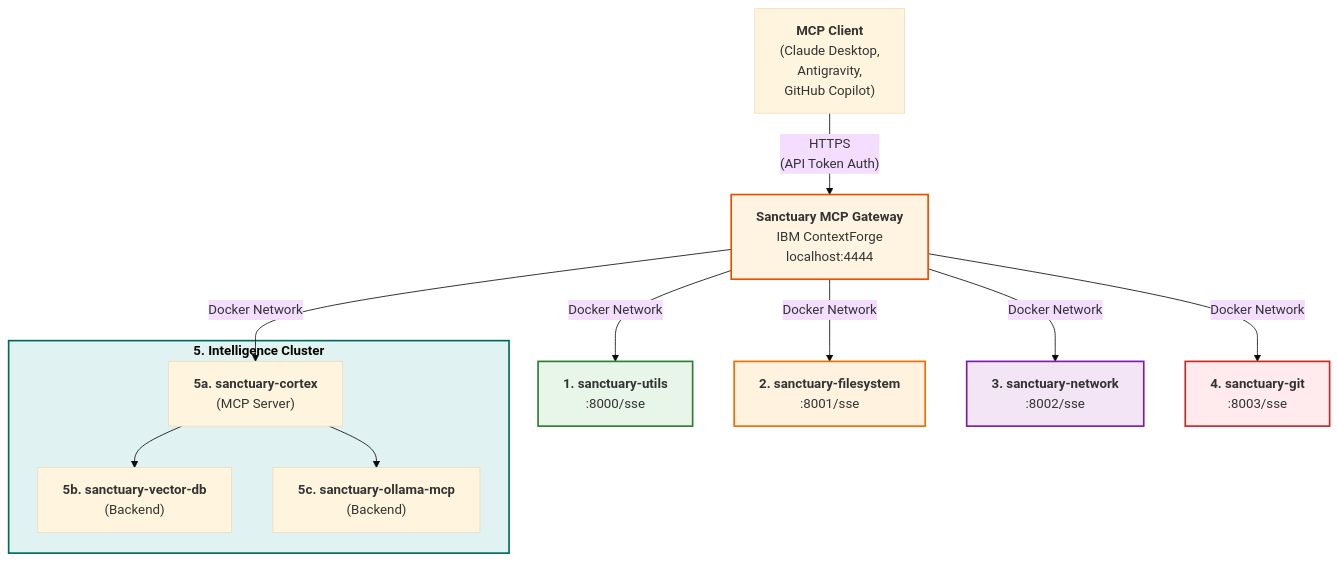
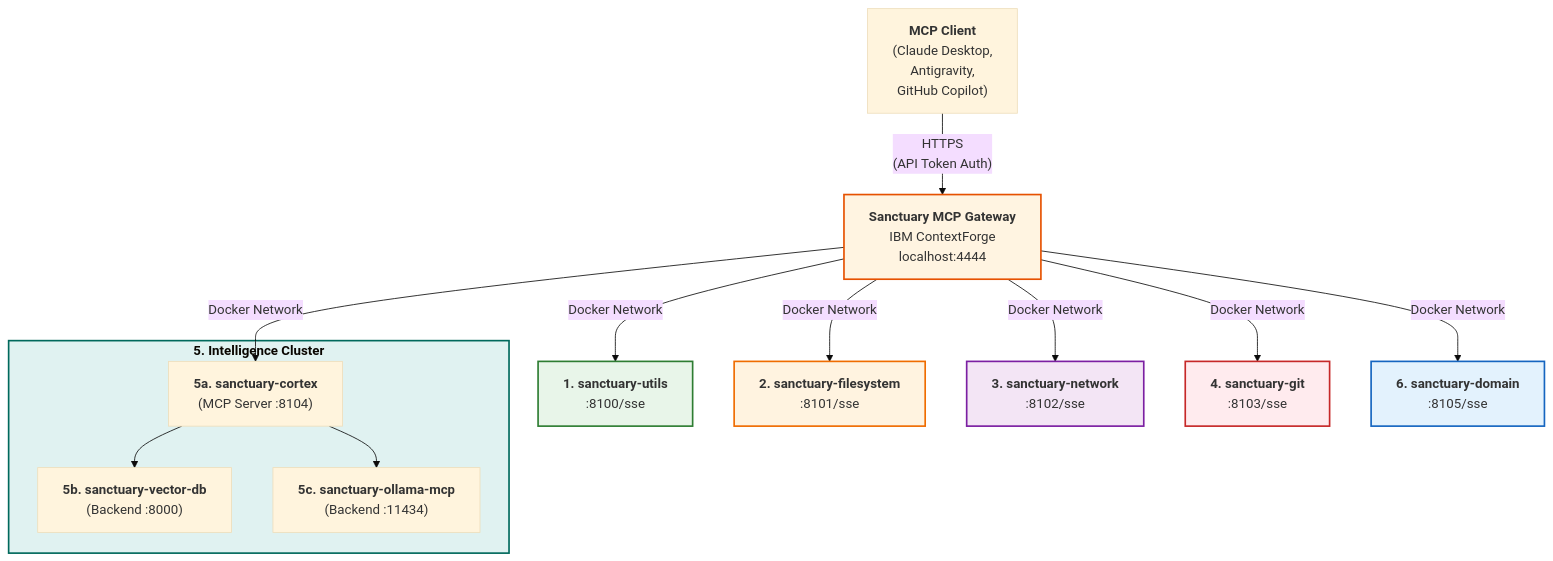
Before and after one commit to richfrem/Project_Sanctuary: the diagram in docs/mcp_gateway/README.md, drawn with Mermaid. The commit also changed other lines of this file and 69 other files, not shown here.

````diff
--- a/docs/mcp_gateway/README.md
+++ b/docs/mcp_gateway/README.md
@@ -106,30 +106,32 @@
 ```mermaid
 ---
 config:
   theme: base
   layout: dagre
 ---
 flowchart TB
     Client["<b>MCP Client</b><br>(Claude Desktop,<br>Antigravity,<br>GitHub Copilot)"] -- HTTPS<br>(API Token Auth) --> Gateway["<b>Sanctuary MCP Gateway</b><br>IBM ContextForge<br>localhost:4444"]
     
-    Gateway -- Docker Network --> Utils["<b>1. sanctuary-utils</b><br>:8000/sse"]
-    Gateway -- Docker Network --> Filesystem["<b>2. sanctuary-filesystem</b><br>:8001/sse"]
-    Gateway -- Docker Network --> Network["<b>3. sanctuary-network</b><br>:8002/sse"]
-    Gateway -- Docker Network --> Git["<b>4. sanctuary-git</b><br>:8003/sse"]
+    Gateway -- Docker Network --> Utils["<b>1. sanctuary-utils</b><br>:8100/sse"]
+    Gateway -- Docker Network --> Filesystem["<b>2. sanctuary-filesystem</b><br>:8101/sse"]
+    Gateway -- Docker Network --> Network["<b>3. sanctuary-network</b><br>:8102/sse"]
+    Gateway -- Docker Network --> Git["<b>4. sanctuary-git</b><br>:8103/sse"]
+    Gateway -- Docker Network --> Domain["<b>6. sanctuary-domain</b><br>:8105/sse"]
     Gateway -- Docker Network --> Cortex
     
     subgraph Intelligence["<b>5. Intelligence Cluster</b>"]
-        Cortex["<b>5a. sanctuary-cortex</b><br>(MCP Server)"]
-        VectorDB["<b>5b. sanctuary-vector-db</b><br>(Backend)"]
-        Ollama["<b>5c. sanctuary-ollama-mcp</b><br>(Backend)"]
+        Cortex["<b>5a. sanctuary-cortex</b><br>(MCP Server :8104)"]
+        VectorDB["<b>5b. sanctuary-vector-db</b><br>(Backend :8000)"]
+        Ollama["<b>5c. sanctuary-ollama-mcp</b><br>(Backend :11434)"]
         Cortex --> VectorDB
         Cortex --> Ollama
     end
 
     style Gateway fill:#fff4e1,stroke:#e65100,stroke-width:2px
     style Utils fill:#e8f5e9,stroke:#2e7d32,stroke-width:2px
     style Filesystem fill:#fff3e0,stroke:#ef6c00,stroke-width:2px
     style Network fill:#f3e5f5,stroke:#7b1fa2,stroke-width:2px
     style Git fill:#ffebee,stroke:#c62828,stroke-width:2px
     style Intelligence fill:#e0f2f1,stroke:#00695c,stroke-width:2px
+    style Domain fill:#e3f2fd,stroke:#1565c0,stroke-width:2px
 ```
````
